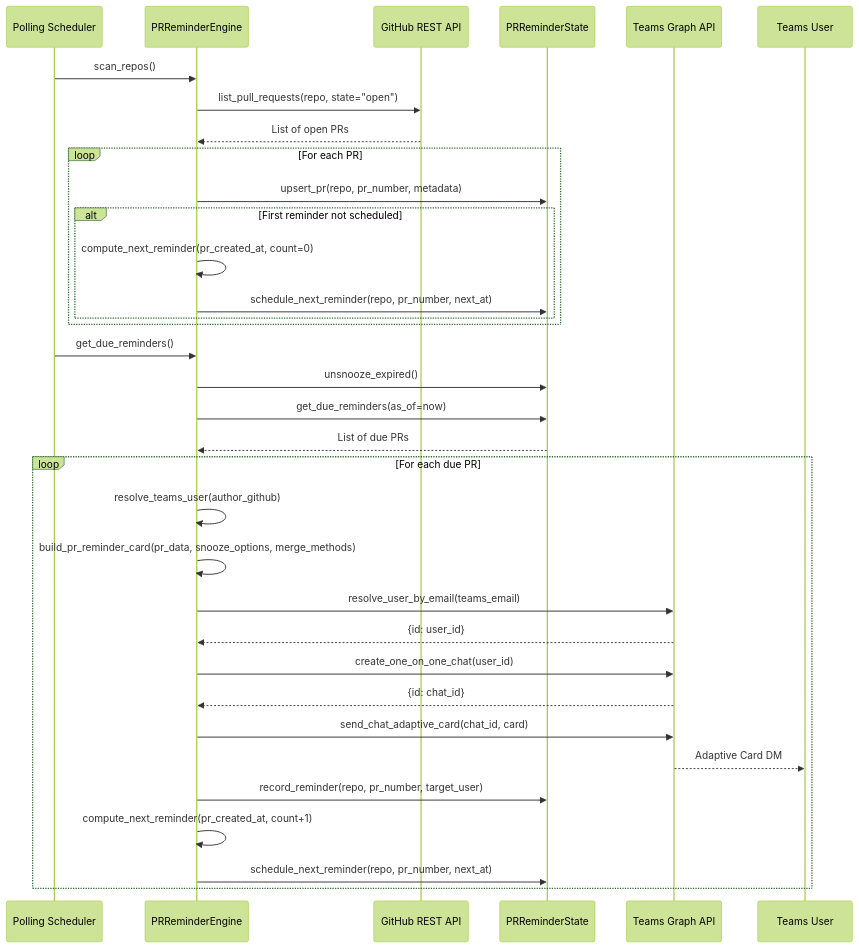
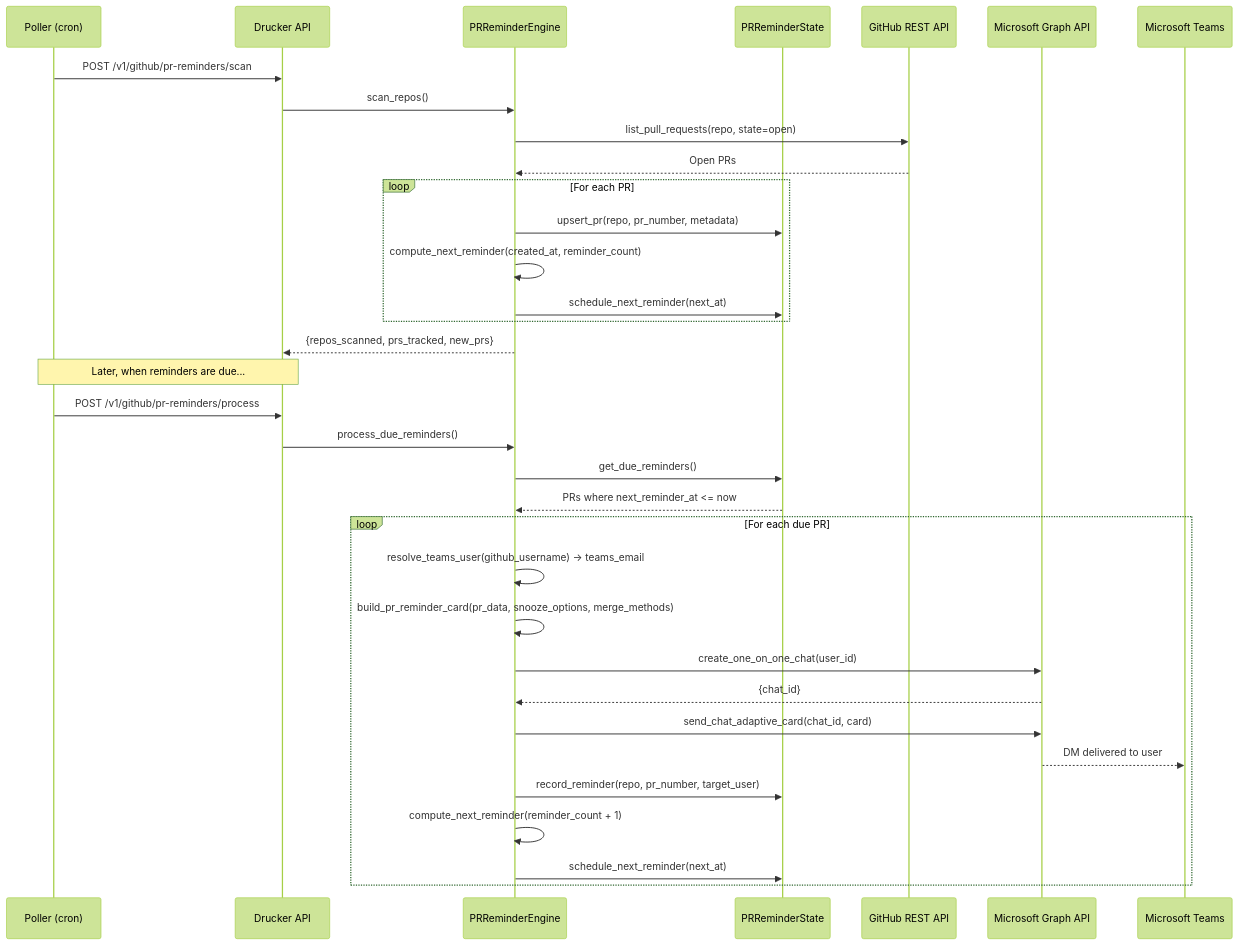
Before and after one commit to jmac-cornelis/agent-workforce: the fourth of 4 diagrams in docs/agents-drucker.md, drawn with Mermaid (forest theme). The commit also changed other lines of this file and 4 other files, not shown here.

````diff
--- a/docs/agents-drucker.md
+++ b/docs/agents-drucker.md
@@ -178,39 +179,39 @@
 ```mermaid
 sequenceDiagram
-    participant Poller as Polling Scheduler
+    participant Scheduler as Poller (cron)
+    participant API as Drucker API
     participant Engine as PRReminderEngine
-    participant GH as GitHub REST API
     participant State as PRReminderState
-    participant Graph as Teams Graph API
-    participant User as Teams User
+    participant GitHub as GitHub REST API
+    participant Graph as Microsoft Graph API
+    participant Teams as Microsoft Teams
 
-    Poller->>Engine: scan_repos()
-    Engine->>GH: list_pull_requests(repo, state="open")
-    GH-->>Engine: List of open PRs
+    Scheduler->>API: POST /v1/github/pr-reminders/scan
+    API->>Engine: scan_repos()
+    Engine->>GitHub: list_pull_requests(repo, state=open)
+    GitHub-->>Engine: Open PRs
     loop For each PR
         Engine->>State: upsert_pr(repo, pr_number, metadata)
-        alt First reminder not scheduled
-            Engine->>Engine: compute_next_reminder(pr_created_at, count=0)
-            Engine->>State: schedule_next_reminder(repo, pr_number, next_at)
-        end
+        Engine->>Engine: compute_next_reminder(created_at, reminder_count)
+        Engine->>State: schedule_next_reminder(next_at)
     end
+    Engine-->>API: {repos_scanned, prs_tracked, new_prs}
 
-    Poller->>Engine: get_due_reminders()
-    Engine->>State: unsnooze_expired()
-    Engine->>State: get_due_reminders(as_of=now)
-    State-->>Engine: List of due PRs
+    Note over Scheduler,API: Later, when reminders are due...
 
+    Scheduler->>API: POST /v1/github/pr-reminders/process
+    API->>Engine: process_due_reminders()
+    Engine->>State: get_due_reminders()
+    State-->>Engine: PRs where next_reminder_at <= now
     loop For each due PR
-        Engine->>Engine: resolve_teams_user(author_github)
+        Engine->>Engine: resolve_teams_user(github_username) → teams_email
         Engine->>Engine: build_pr_reminder_card(pr_data, snooze_options, merge_methods)
-        Engine->>Graph: resolve_user_by_email(teams_email)
-        Graph-->>Engine: {id: user_id}
         Engine->>Graph: create_one_on_one_chat(user_id)
-        Graph-->>Engine: {id: chat_id}
+        Graph-->>Engine: {chat_id}
         Engine->>Graph: send_chat_adaptive_card(chat_id, card)
-        Graph-->>User: Adaptive Card DM
+        Graph-->>Teams: DM delivered to user
         Engine->>State: record_reminder(repo, pr_number, target_user)
-        Engine->>Engine: compute_next_reminder(pr_created_at, count+1)
-        Engine->>State: schedule_next_reminder(repo, pr_number, next_at)
+        Engine->>Engine: compute_next_reminder(reminder_count + 1)
+        Engine->>State: schedule_next_reminder(next_at)
     end
 ```
````
